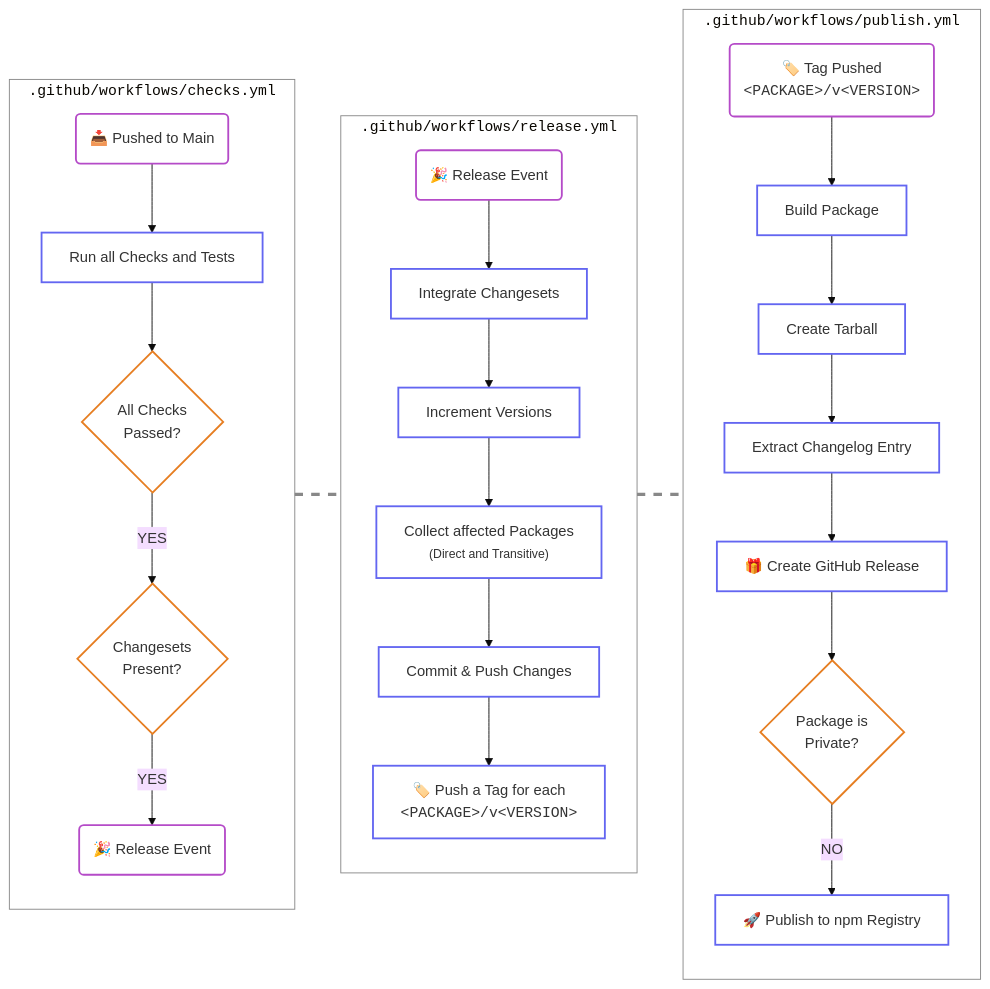
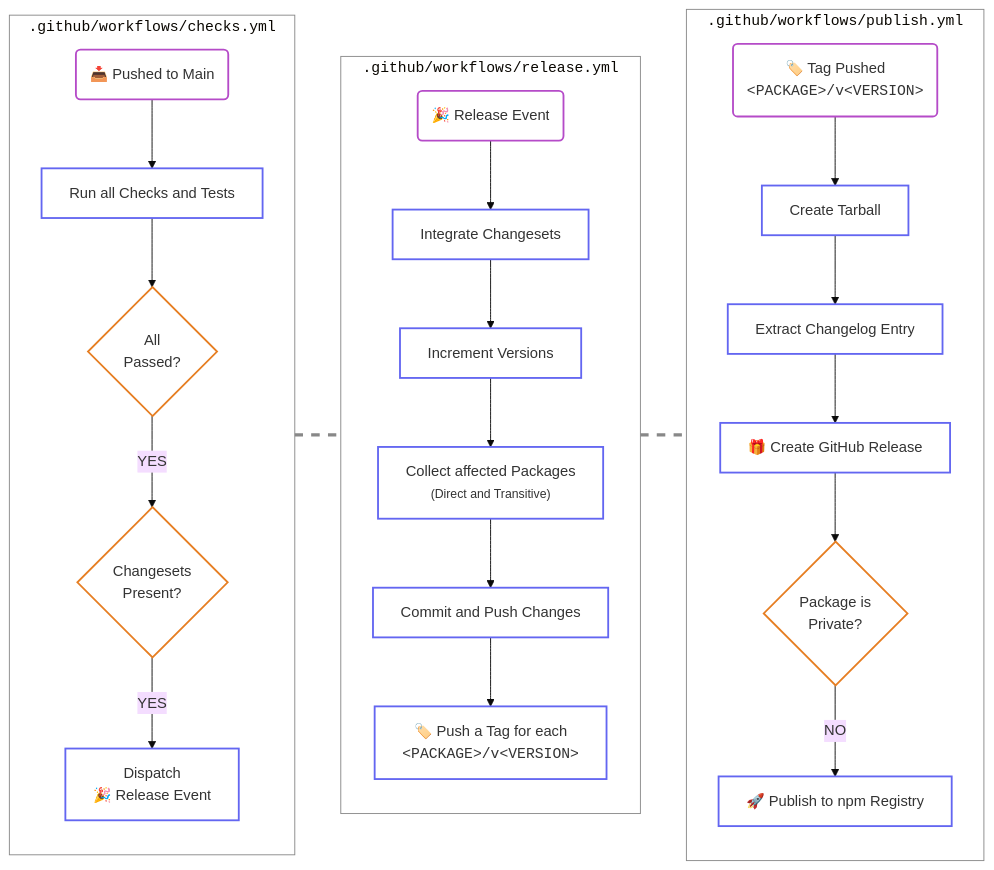
Before and after one commit to simbo/simbo-configs: the diagram in README.md, drawn with Mermaid (base theme).

Commit message:
docs(repo): update ci workflow in readme

````diff
--- a/README.md
+++ b/README.md
@@ -146,69 +146,67 @@
 ```mermaid
 flowchart LR
 
   subgraph ChecksWorkflow["<code>.github/workflows/checks.yml</code>"]
     PushToMain@{ shape: rounded, label: "📥 Pushed to Main" }
     Checks["Run all Checks and Tests"]
-    ChecksPassed{"All Checks<br>Passed?"}
+    ChecksPassed{"All<br>Passed?"}
     Changesets{"Changesets<br>Present?"}
-    ReleaseEventDispatch@{ shape: rounded, label: "🎉 Release Event" }
+    ReleaseEventDispatch["Dispatch<br>🎉 Release Event"]
 
     direction TB
     PushToMain --> Checks
     Checks --> ChecksPassed
     ChecksPassed --"YES"--> Changesets
     Changesets --"YES"--> ReleaseEventDispatch
   end
 
   subgraph ReleaseWorkflow["<code>.github/workflows/release.yml</code>"]
     ReleaseEvent@{ shape: rounded, label: "🎉 Release Event" }
     IntegrateChangesets["Integrate Changesets"]
     IncrementVersions["Increment Versions"]
     CollectPackages["Collect affected Packages<br><small>(Direct and Transitive)</small>"]
-    CommitAndPushChanges["Commit & Push Changes"]
+    CommitAndPushChanges["Commit and Push Changes"]
     PushReleaseTags["🏷️ Push a Tag for each<br><code>&lt;PACKAGE&gt;/v&lt;VERSION&gt;</code>"]
 
     direction TB
     ReleaseEvent --> IntegrateChangesets
     IntegrateChangesets --> IncrementVersions
     IncrementVersions --> CollectPackages
     CollectPackages --> CommitAndPushChanges
     CommitAndPushChanges --> PushReleaseTags
   end
 
   subgraph PublishWorkflow["<code>.github/workflows/publish.yml</code>"]
     TagEvent@{ shape: rounded, label: "🏷️ Tag Pushed<br><code>&lt;PACKAGE&gt;/v&lt;VERSION&gt;</code>" }
-    BuildPackage["Build Package"]
     CreateTarball["Create Tarball"]
     ExtractChangelogEntry["Extract Changelog Entry"]
     CreateRelease["🎁 Create GitHub Release"]
     IsPrivate{"Package is<br>Private?"}
     PublishToNpm[🚀 Publish to npm Registry]
 
     direction TB
-    TagEvent --> BuildPackage
-    BuildPackage --> CreateTarball
+    TagEvent --> CreateTarball
     CreateTarball --> ExtractChangelogEntry
     ExtractChangelogEntry --> CreateRelease
     CreateRelease --> IsPrivate
     IsPrivate --"NO"--> PublishToNpm
   end
 
   ChecksWorkflow Link1@=== ReleaseWorkflow
   ReleaseWorkflow Link2@=== PublishWorkflow
 
   classDef animateLink stroke: #888888,stroke-dasharray:9,5,stroke-dashoffset:900, animation: dash 25s linear infinite;
   class Link1,Link2 animateLink
 
   classDef workflow stroke:#888888,fill:transparent;
   class ChecksWorkflow,ReleaseWorkflow,PublishWorkflow workflow
 
   classDef event stroke:#B54BC8,stroke-width:2px,fill:transparent;
-  class PushToMain,TagEvent,ReleaseEventDispatch,ReleaseEvent event
+  class PushToMain,TagEvent,ReleaseEvent event
 
   classDef step stroke:#6366F1,stroke-width:2px,fill:transparent;
-  class Checks,IntegrateChangesets,IncrementVersions,CollectPackages,CommitAndPushChanges,PushReleaseTags,BuildPackage,CreateTarball,ExtractChangelogEntry,CreateRelease,PublishToNpm step
+  class Checks,ReleaseEventDispatch,IntegrateChangesets,IncrementVersions,CollectPackages,CommitAndPushChanges,PushReleaseTags,CreateTarball,ExtractChangelogEntry,CreateRelease,PublishToNpm step
 
   classDef gate stroke:#E67E22,stroke-width:2px,fill:transparent
   class IsPrivate,ChecksPassed,Changesets gate
 ```
````
